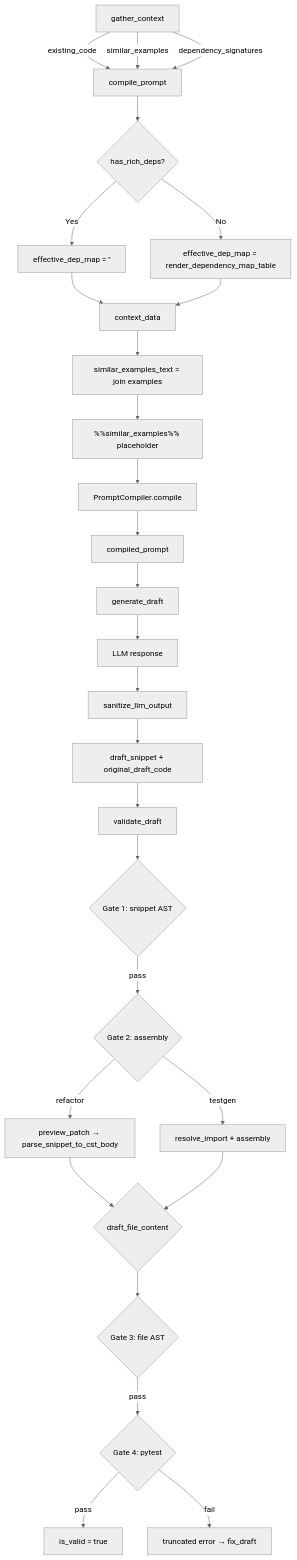
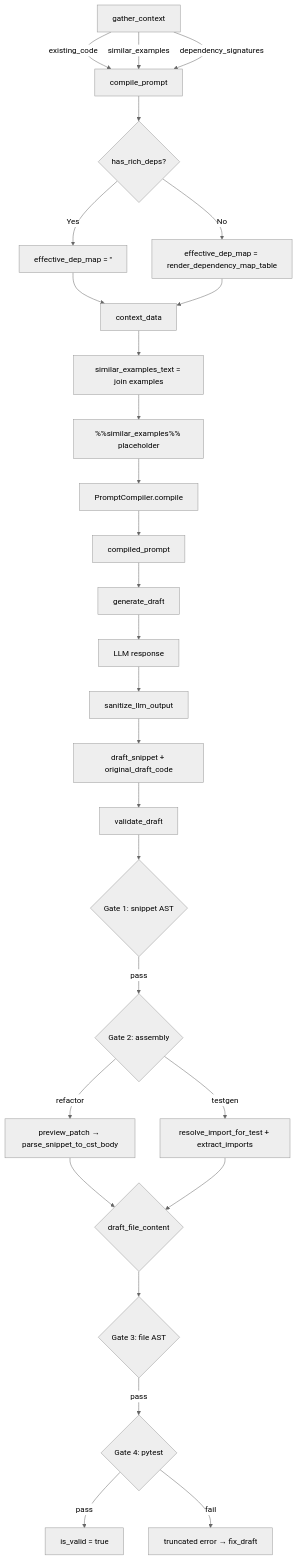
Before and after one commit to solvire/orka: the second of 2 diagrams in docs/FLOW_CONTROL.md, drawn with Mermaid (neutral theme). The commit also changed other lines of this file and 3 other files, not shown here.

First line of the commit message:
docs: update ARCHITECTURE, FLOW_CONTROL, TEST_MANIFEST, AGENTS for v0.2.0

````diff
--- a/docs/FLOW_CONTROL.md
+++ b/docs/FLOW_CONTROL.md
@@ -69,36 +70,36 @@
 ```mermaid
 flowchart TD
     A[gather_context] -->|existing_code| B[compile_prompt]
     A -->|similar_examples| B
     A -->|dependency_signatures| B
     
     B --> C{has_rich_deps?}
     C -->|Yes| D[effective_dep_map = '']
     C -->|No| E[effective_dep_map = render_dependency_map_table]
     
     D --> F[context_data]
     E --> F
     
     F --> G[similar_examples_text = join examples]
     G --> H[%%similar_examples%% placeholder]
     
     H --> I[PromptCompiler.compile]
     I --> J[compiled_prompt]
     
     J --> K[generate_draft]
     K --> L[LLM response]
     L --> M[sanitize_llm_output]
     M --> N[draft_snippet + original_draft_code]
     
     N --> O[validate_draft]
     O --> P{Gate 1: snippet AST}
     P -->|pass| Q{Gate 2: assembly}
     Q -->|refactor| R[preview_patch → parse_snippet_to_cst_body]
-    Q -->|testgen| S[resolve_import + assembly]
+    Q -->|testgen| S[resolve_import_for_test + extract_imports]
     R --> T{draft_file_content}
     S --> T
     T --> U{Gate 3: file AST}
     U -->|pass| V{Gate 4: pytest}
     V -->|pass| W[is_valid = true]
     V -->|fail| X[truncated error → fix_draft]
 ```
````
